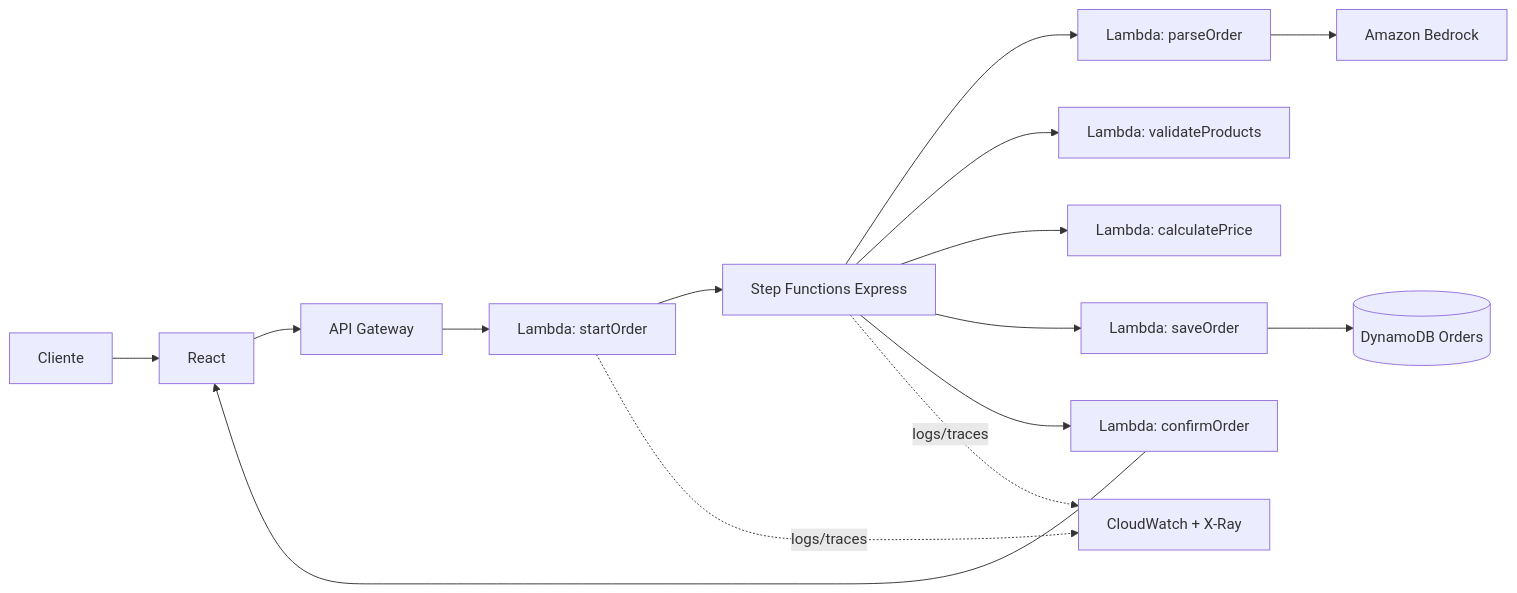
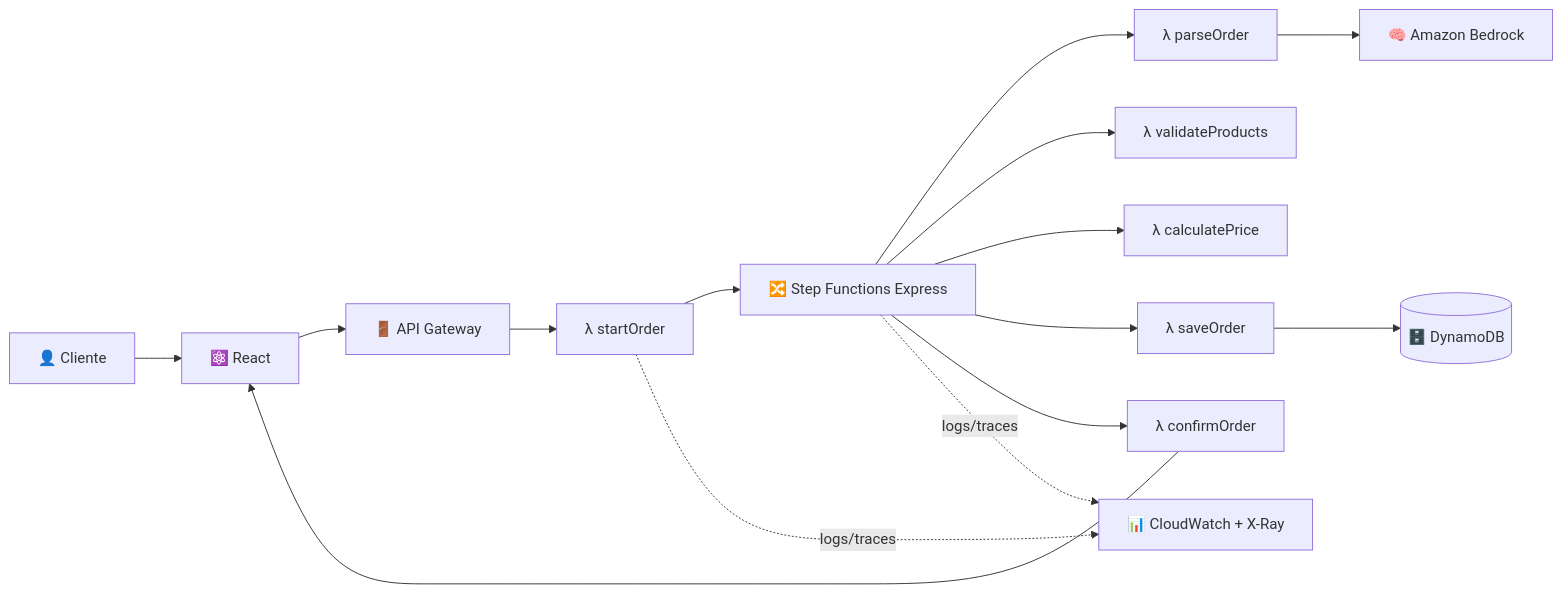
Before and after one commit to wallace-2105/chat-delivery-ai: the first of 2 diagrams in README.md, drawn with Mermaid. The commit also changed other lines of this file, not shown here.

````diff
--- a/README.md
+++ b/README.md
@@ -26,17 +34,17 @@
 ```mermaid
 flowchart LR
-  U[Cliente] --> R[React]
-  R --> G[API Gateway]
-  G --> S[Lambda: startOrder]
-  S --> W[Step Functions Express]
-  W --> P[Lambda: parseOrder]
-  P --> B[Amazon Bedrock]
-  W --> V[Lambda: validateProducts]
-  W --> C[Lambda: calculatePrice]
-  W --> D[Lambda: saveOrder]
-  D --> DB[(DynamoDB Orders)]
-  W --> F[Lambda: confirmOrder]
+  U[👤 Cliente] --> R[⚛️ React]
+  R --> G[🚪 API Gateway]
+  G --> S["λ startOrder"]
+  S --> W[🔀 Step Functions Express]
+  W --> P["λ parseOrder"]
+  P --> B[🧠 Amazon Bedrock]
+  W --> V["λ validateProducts"]
+  W --> C["λ calculatePrice"]
+  W --> D["λ saveOrder"]
+  D --> DB[(🗄️ DynamoDB)]
+  W --> F["λ confirmOrder"]
   F --> R
-  S -. logs/traces .-> O[CloudWatch + X-Ray]
+  S -. logs/traces .-> O[📊 CloudWatch + X-Ray]
   W -. logs/traces .-> O
 ```
````
